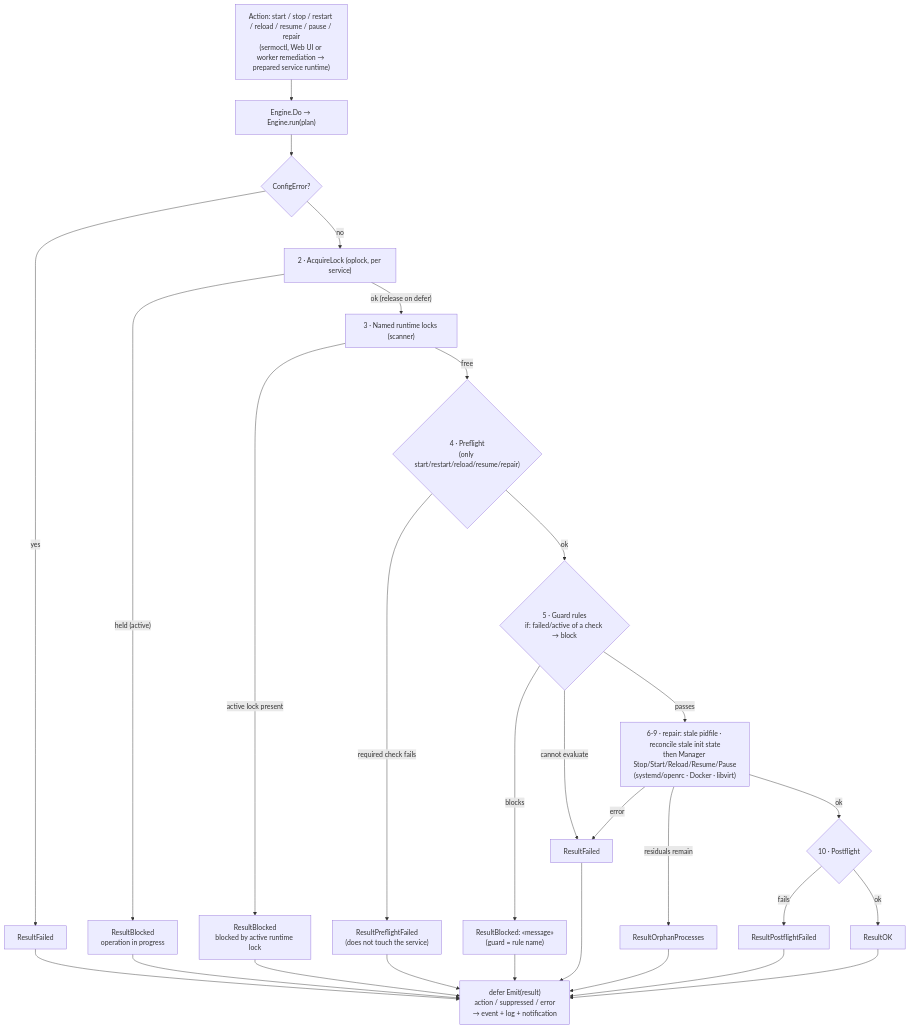
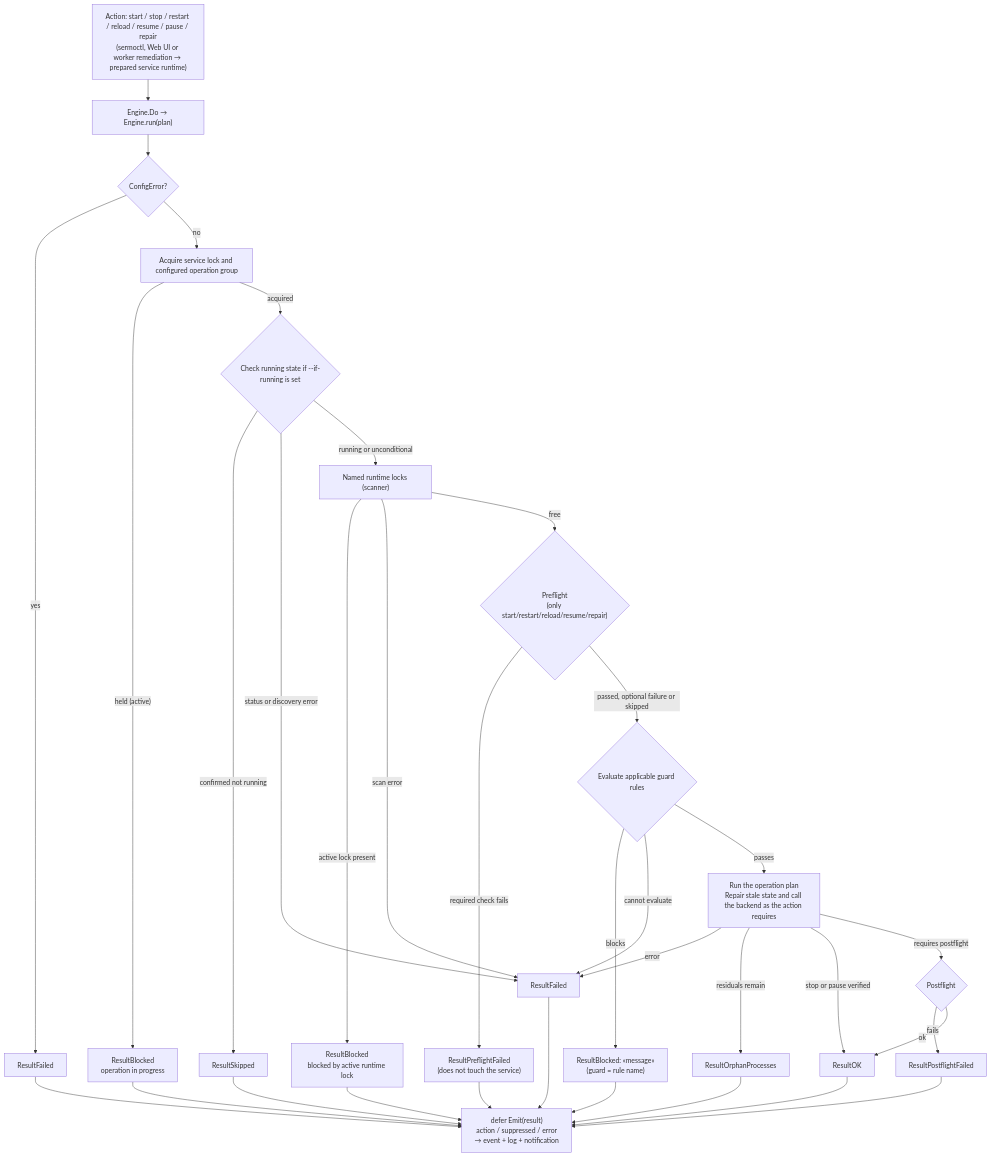
The third of 6 diagrams in docs/architecture.md (inode64/Sermo), drawn with Mermaid before and after one commit. The commit also changed other lines of this file and 9 other files, not shown here.

````diff
--- a/docs/architecture.md
+++ b/docs/architecture.md
@@ -148,31 +150,37 @@
 ```mermaid
 flowchart TD
   REQ["Action: start / stop / restart / reload / resume / pause / repair<br/>(sermoctl, Web UI or worker remediation → prepared service runtime)"] --> DO["Engine.Do → Engine.run(plan)"]
   DO --> CE{"ConfigError?"}
   CE -- "yes" --> RF1["ResultFailed"]
-  CE -- "no" --> L1["2 · AcquireLock (oplock, per service)"]
+  CE -- "no" --> L1["Acquire service lock and configured operation group"]
   L1 -- "held (active)" --> B1["ResultBlocked<br/>operation in progress"]
-  L1 -- "ok (release on defer)" --> L2["3 · Named runtime locks (scanner)"]
+  L1 -- "acquired" --> IR{"Check running state if --if-running is set"}
+  IR -- "confirmed not running" --> SK["ResultSkipped"]
+  IR -- "status or discovery error" --> RF2
+  IR -- "running or unconditional" --> L2["Named runtime locks (scanner)"]
+  SK --> EMIT
   L2 -- "active lock present" --> B2["ResultBlocked<br/>blocked by active runtime lock"]
-  L2 -- "free" --> PF{"4 · Preflight<br/>(only start/restart/reload/resume/repair)"}
+  L2 -- "scan error" --> RF2
+  L2 -- "free" --> PF{"Preflight<br/>(only start/restart/reload/resume/repair)"}
   PF -- "required check fails" --> RPF["ResultPreflightFailed<br/>(does not touch the service)"]
-  PF -- "ok" --> GD{"5 · Guard rules<br/>if: failed/active of a check → block"}
+  PF -- "passed, optional failure or skipped" --> GD{"Evaluate applicable guard rules"}
   GD -- "blocks" --> B3["ResultBlocked: «message»<br/>(guard = rule name)"]
   GD -- "cannot evaluate" --> RF2["ResultFailed"]
-  GD -- "passes" --> ACT["6-9 · repair: stale pidfile · reconcile stale init state<br/>then Manager Stop/Start/Reload/Resume/Pause<br/>(systemd/openrc · Docker · libvirt)"]
+  GD -- "passes" --> ACT["Run the operation plan<br/>Repair stale state and call the backend as the action requires"]
   ACT -- "error" --> RF2
   ACT -- "residuals remain" --> ROR["ResultOrphanProcesses"]
-  ACT -- "ok" --> POST{"10 · Postflight"}
+  ACT -- "stop or pause verified" --> OK
+  ACT -- "requires postflight" --> POST{"Postflight"}
   POST -- "fails" --> RPOST["ResultPostflightFailed"]
   POST -- "ok" --> OK["ResultOK"]
 
   B1 --> EMIT
   B2 --> EMIT
   B3 --> EMIT
   RF1 --> EMIT
   RF2 --> EMIT
   ROR --> EMIT
   RPF --> EMIT
   RPOST --> EMIT
   OK --> EMIT["defer Emit(result)<br/>action / suppressed / error<br/>→ event + log + notification"]
 ```
````
